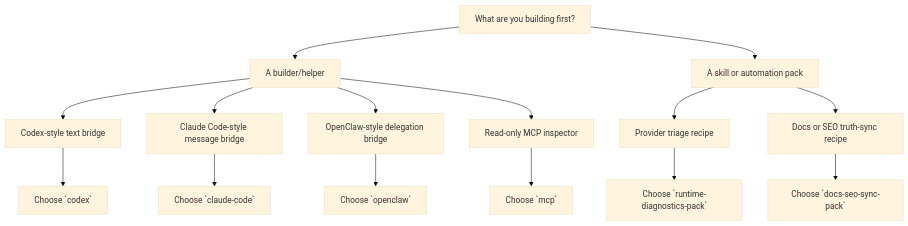
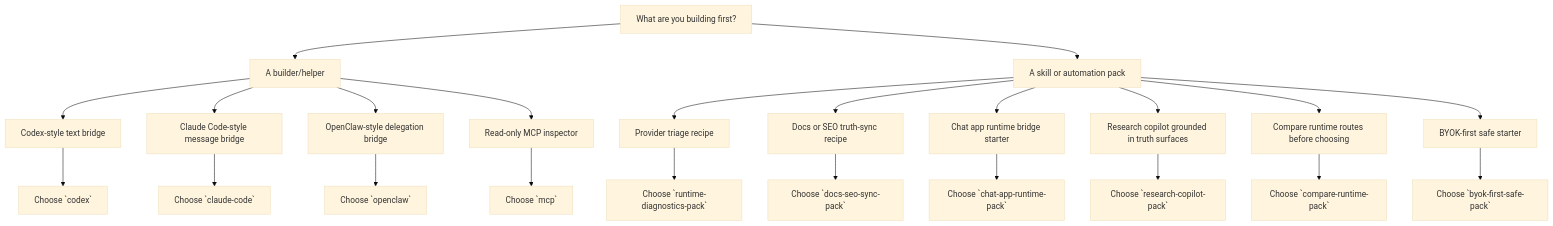
The diagram in docs/starter-pack-chooser.md (xiaojiou176-open/Switchyard), drawn with Mermaid (base theme) before and after one commit. The commit also changed other lines of this file and 105 other files, not shown here.

Commit message:
feat: harden runtime control ledger and builder routes (#53)

````diff
--- a/docs/starter-pack-chooser.md
+++ b/docs/starter-pack-chooser.md
@@ -49,17 +54,25 @@
 ```mermaid
 flowchart TD
     A["What are you building first?"] --> B["A builder/helper"]
     A --> C["A skill or automation pack"]
     B --> D["Codex-style text bridge"]
     B --> E["Claude Code-style message bridge"]
     B --> F["OpenClaw-style delegation bridge"]
     B --> G["Read-only MCP inspector"]
     C --> H["Provider triage recipe"]
     C --> I["Docs or SEO truth-sync recipe"]
+    C --> P["Chat app runtime bridge starter"]
+    C --> Q["Research copilot grounded in truth surfaces"]
+    C --> R["Compare runtime routes before choosing"]
+    C --> S["BYOK-first safe starter"]
     D --> J["Choose `codex`"]
     E --> K["Choose `claude-code`"]
     F --> L["Choose `openclaw`"]
     G --> M["Choose `mcp`"]
     H --> N["Choose `runtime-diagnostics-pack`"]
     I --> O["Choose `docs-seo-sync-pack`"]
+    P --> T["Choose `chat-app-runtime-pack`"]
+    Q --> U["Choose `research-copilot-pack`"]
+    R --> V["Choose `compare-runtime-pack`"]
+    S --> W["Choose `byok-first-safe-pack`"]
 ```
````
